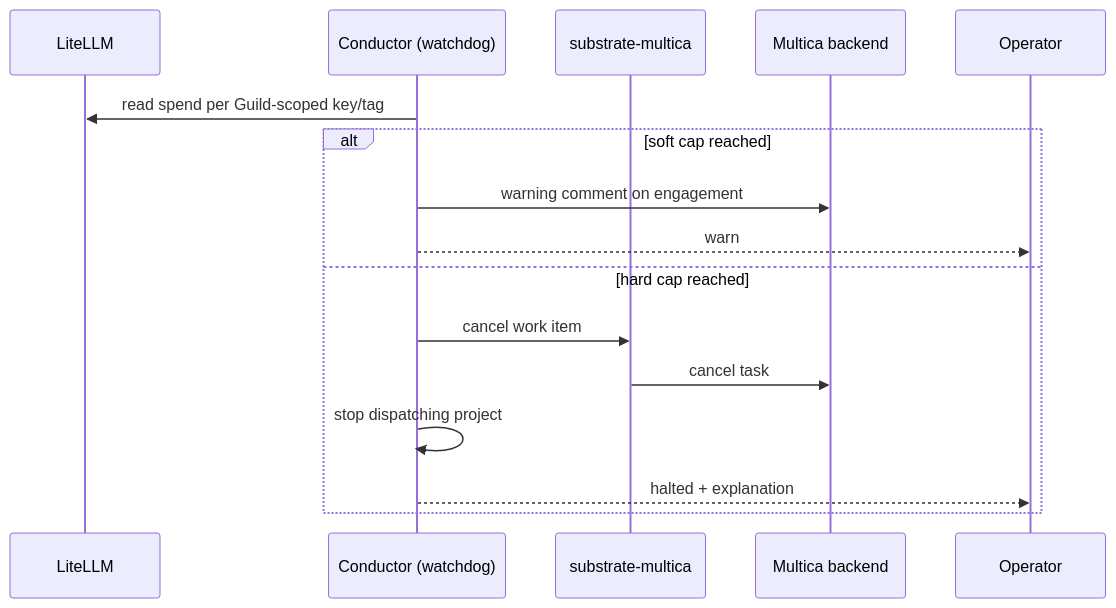
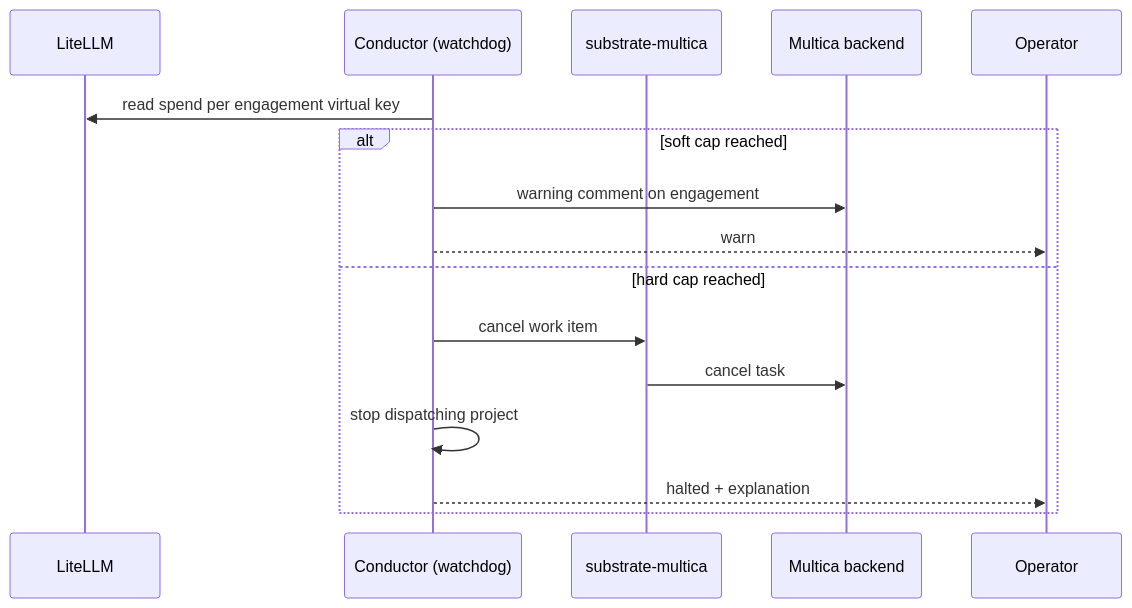
The eighth of 8 diagrams in docs/OVERVIEW.md (maacarbo/guild), drawn with Mermaid before and after one commit. The commit also changed other lines of this file and 8 other files, not shown here.

````diff
--- a/docs/OVERVIEW.md
+++ b/docs/OVERVIEW.md
@@ -207,18 +207,18 @@
 ```mermaid
 sequenceDiagram
     participant LLM as LiteLLM
     participant C as Conductor (watchdog)
     participant A as substrate-multica
     participant BE as Multica backend
     participant OP as Operator
-    C->>LLM: read spend per Guild-scoped key/tag
+    C->>LLM: read spend per engagement virtual key
     alt soft cap reached
         C->>BE: warning comment on engagement
         C-->>OP: warn
     else hard cap reached
         C->>A: cancel work item
         A->>BE: cancel task
         C->>C: stop dispatching project
         C-->>OP: halted + explanation
     end
 ```
````
